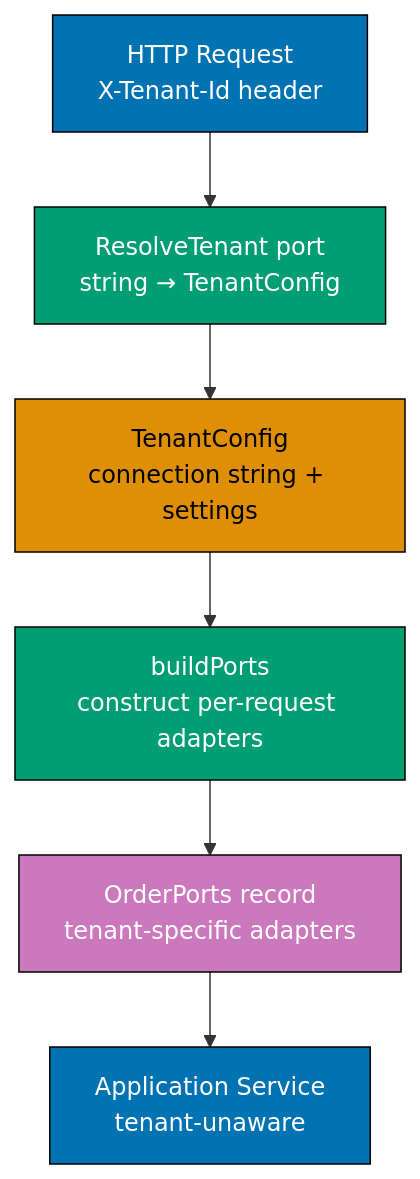
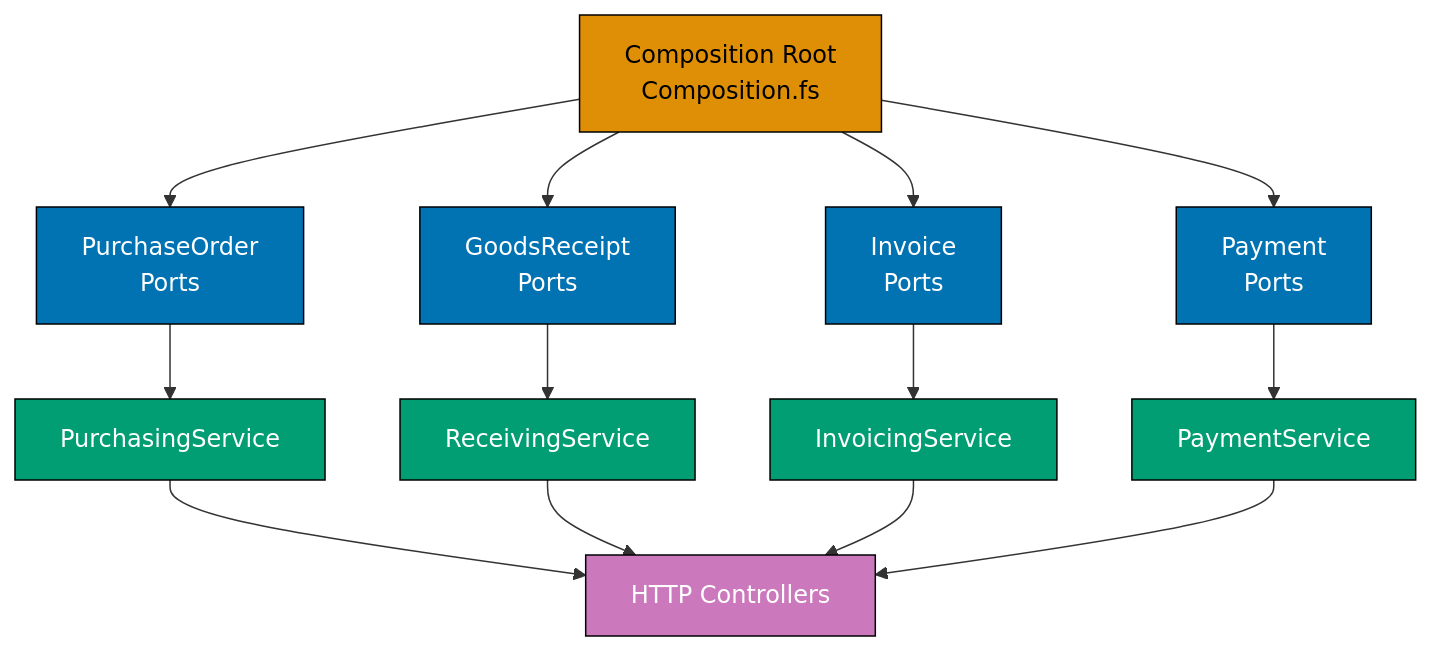
The second of 2 diagrams in apps/ayokoding-web/content/en/learn/software-engineering/architecture/hexagonal-architecture/fp-by-example/advanced.md (wahidyankf/open-sharia-enterprise), drawn with Mermaid before and after one commit. The commit also changed other lines of this file and 38 other files, not shown here.

First line of the commit message:
docs(ayokoding-web): unify architecture tutorials on shared P2P domain

````diff
--- a/apps/ayokoding-web/content/en/learn/software-engineering/architecture/hexagonal-architecture/fp-by-example/advanced.md
+++ b/apps/ayokoding-web/content/en/learn/software-engineering/architecture/hexagonal-architecture/fp-by-example/advanced.md
@@ -929,20 +510,31 @@
 ```mermaid
 graph TD
-    REQ["HTTP Request\nX-Tenant-Id header"]:::blue
-    RT["ResolveTenant port\nstring → TenantConfig"]:::teal
-    TC["TenantConfig\nconnection string + settings"]:::orange
-    BP["buildPorts\nconstruct per-request adapters"]:::teal
-    OP["OrderPorts record\ntenant-specific adapters"]:::purple
-    SVC["Application Service\ntenant-unaware"]:::blue
+    CR["Composition Root\nComposition.fs"]:::orange
+    PA["PurchaseOrder\nPorts"]:::blue
+    RA["GoodsReceipt\nPorts"]:::blue
+    IA["Invoice\nPorts"]:::blue
+    PY["Payment\nPorts"]:::blue
+    PS["PurchasingService"]:::teal
+    RS["ReceivingService"]:::teal
+    IS["InvoicingService"]:::teal
+    PYS["PaymentService"]:::teal
+    HTTP["HTTP Controllers"]:::purple
 
-    REQ --> RT
-    RT --> TC
-    TC --> BP
-    BP --> OP
-    OP --> SVC
+    CR --> PA
+    CR --> RA
+    CR --> IA
+    CR --> PY
+    PA --> PS
+    RA --> RS
+    IA --> IS
+    PY --> PYS
+    PS --> HTTP
+    RS --> HTTP
+    IS --> HTTP
+    PYS --> HTTP
 
+    classDef orange fill:#DE8F05,stroke:#000,color:#000
     classDef blue fill:#0173B2,stroke:#000,color:#fff
     classDef teal fill:#029E73,stroke:#000,color:#fff
-    classDef orange fill:#DE8F05,stroke:#000,color:#000
     classDef purple fill:#CC78BC,stroke:#000,color:#fff
 ```
````
